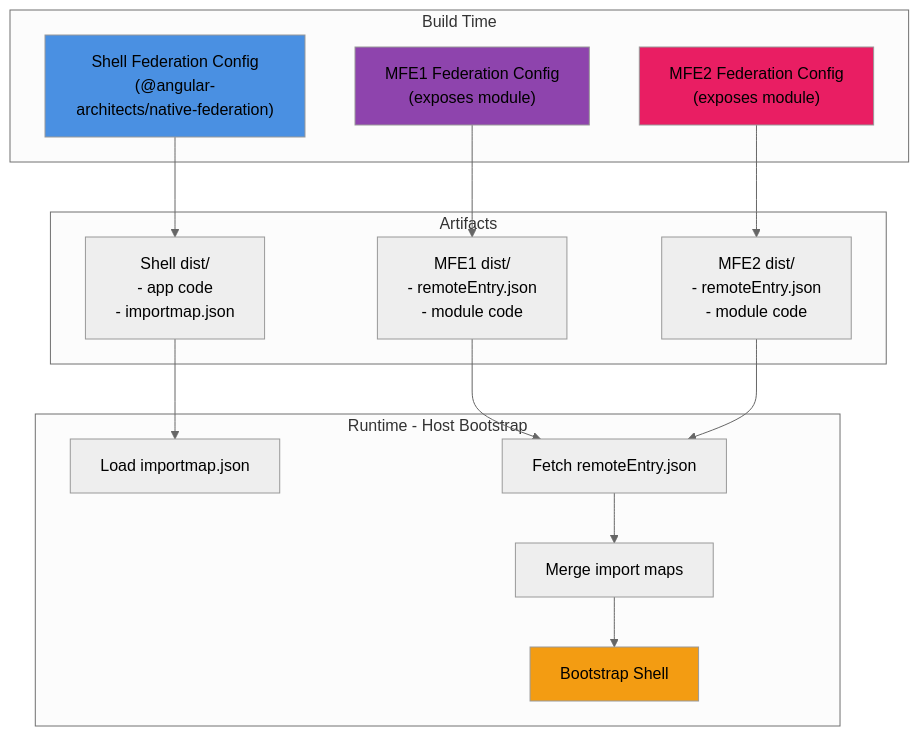
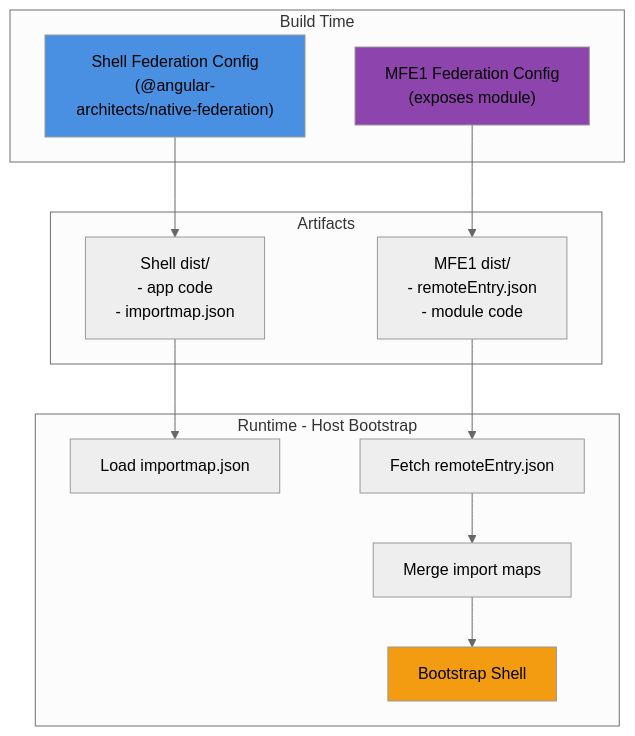
The sixth of 13 diagrams in spec/ARCHITECTURE.md (PolecatWorks/Mfe-shell), drawn with Mermaid (neutral theme) before and after one commit. The commit also changed other lines of this file and 58 other files, not shown here.

````diff
--- a/spec/ARCHITECTURE.md
+++ b/spec/ARCHITECTURE.md
@@ -287,36 +241,31 @@
 ```mermaid
 graph TB
     subgraph "Build Time"
         ShellFed["Shell Federation Config<br/>(@angular-architects/native-federation)"]
         MFE1Fed["MFE1 Federation Config<br/>(exposes module)"]
-        MFE2Fed["MFE2 Federation Config<br/>(exposes module)"]
     end
     
     subgraph "Artifacts"
         ShellDist["Shell dist/<br/>- app code<br/>- importmap.json"]
         MFE1Dist["MFE1 dist/<br/>- remoteEntry.json<br/>- module code"]
-        MFE2Dist["MFE2 dist/<br/>- remoteEntry.json<br/>- module code"]
     end
     
     subgraph "Runtime - Host Bootstrap"
         LoadImportMap["Load importmap.json"]
         FetchRemotes["Fetch remoteEntry.json"]
         MergeMaps["Merge import maps"]
         Bootstrap["Bootstrap Shell"]
     end
     
     ShellFed --> ShellDist
     MFE1Fed --> MFE1Dist
-    MFE2Fed --> MFE2Dist
     
     ShellDist --> LoadImportMap
     MFE1Dist --> FetchRemotes
-    MFE2Dist --> FetchRemotes
     FetchRemotes --> MergeMaps
     MergeMaps --> Bootstrap
     
     style ShellFed fill:#4A90E2
     style MFE1Fed fill:#8E44AD
-    style MFE2Fed fill:#E91E63
     style Bootstrap fill:#F39C12
 ```
````
